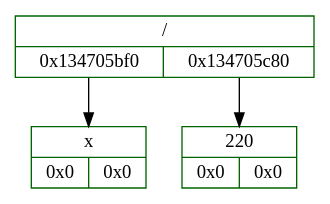
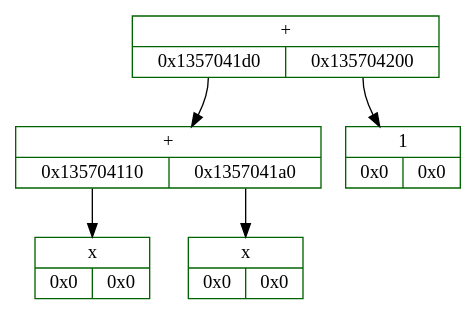
The diagram in log/dump.dot (whiterno/differentiator), drawn with Graphviz before and after one commit. The commit also changed 14 other files, not shown here.

```diff
--- a/log/dump.dot
+++ b/log/dump.dot
@@ -1,9 +1,13 @@
 digraph D{
 	rankdir = TB
 
-	node_5174746752 [color = "darkgreen", style = "filled", shape = "record", fillcolor = "white", label = "{ /  | {<fl5174746752> 0x134705bf0 | <fr5174746752> 0x134705c80}}"]
-	node_5174746752: <fl5174746752> -> node_5174746096 [color = "black", arrowhead = "normal", label = ""]
-	node_5174746096 [color = "darkgreen", style = "filled", shape = "record", fillcolor = "white", label = "{x  | {<fl5174746096> 0x0 | <fr5174746096> 0x0}}"]
-	node_5174746752: <fr5174746752> -> node_5174746240 [color = "black", arrowhead = "normal", label = ""]
-	node_5174746240 [color = "darkgreen", style = "filled", shape = "record", fillcolor = "white", label = "{220  | {<fl5174746240> 0x0 | <fr5174746240> 0x0}}"]
+	node_5191516720 [color = "darkgreen", style = "filled", shape = "record", fillcolor = "white", label = "{ +  | {<fl5191516720> 0x1357041d0 | <fr5191516720> 0x135704200}}"]
+	node_5191516720: <fl5191516720> -> node_5191516624 [color = "black", arrowhead = "normal", label = ""]
+	node_5191516624 [color = "darkgreen", style = "filled", shape = "record", fillcolor = "white", label = "{ +  | {<fl5191516624> 0x135704110 | <fr5191516624> 0x1357041a0}}"]
+	node_5191516624: <fl5191516624> -> node_5191516432 [color = "black", arrowhead = "normal", label = ""]
+	node_5191516432 [color = "darkgreen", style = "filled", shape = "record", fillcolor = "white", label = "{x  | {<fl5191516432> 0x0 | <fr5191516432> 0x0}}"]
+	node_5191516624: <fr5191516624> -> node_5191516576 [color = "black", arrowhead = "normal", label = ""]
+	node_5191516576 [color = "darkgreen", style = "filled", shape = "record", fillcolor = "white", label = "{x  | {<fl5191516576> 0x0 | <fr5191516576> 0x0}}"]
+	node_5191516720: <fr5191516720> -> node_5191516672 [color = "black", arrowhead = "normal", label = ""]
+	node_5191516672 [color = "darkgreen", style = "filled", shape = "record", fillcolor = "white", label = "{1  | {<fl5191516672> 0x0 | <fr5191516672> 0x0}}"]
 }
```
